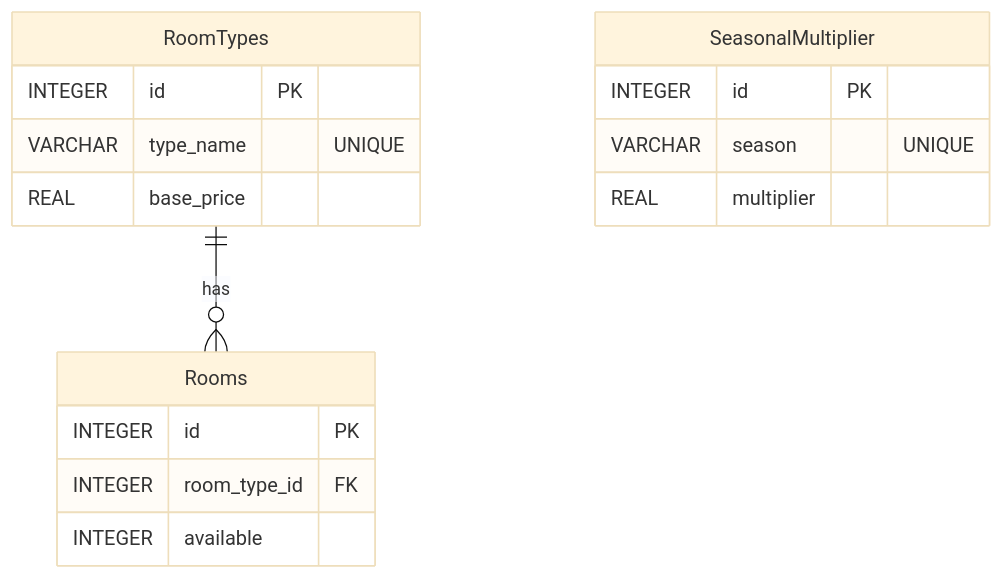
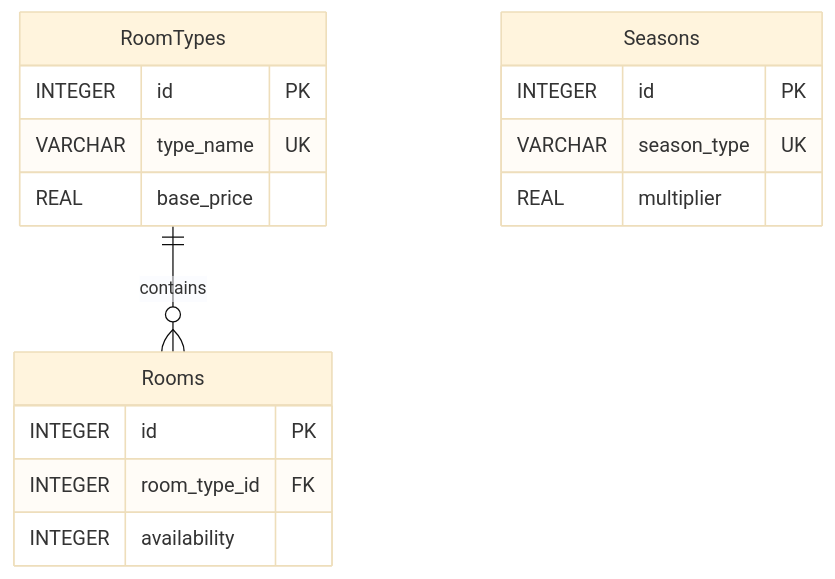
One commit to Gruppe-6-Hotel-Kong-Arthur/RoomInventoryService changed the diagram in README.md. Above: the diagram before and after it, drawn with Mermaid (base theme). The commit also changed other lines of this file, not shown here.

````diff
--- a/README.md
+++ b/README.md
@@ -94,19 +65,19 @@
 ```mermaid
 erDiagram
-    RoomTypes ||--o{ Rooms : has
+    RoomTypes ||--o{ Rooms : contains
     RoomTypes {
         INTEGER id PK
-        VARCHAR type_name "UNIQUE"
+        VARCHAR type_name UK
         REAL base_price
     }
     Rooms {
         INTEGER id PK
         INTEGER room_type_id FK
-        INTEGER available
+        INTEGER availability
     }
-    SeasonalMultiplier {
+    Seasons {
         INTEGER id PK
-        VARCHAR season "UNIQUE"
+        VARCHAR season_type UK
         REAL multiplier
     }
 ```
````
